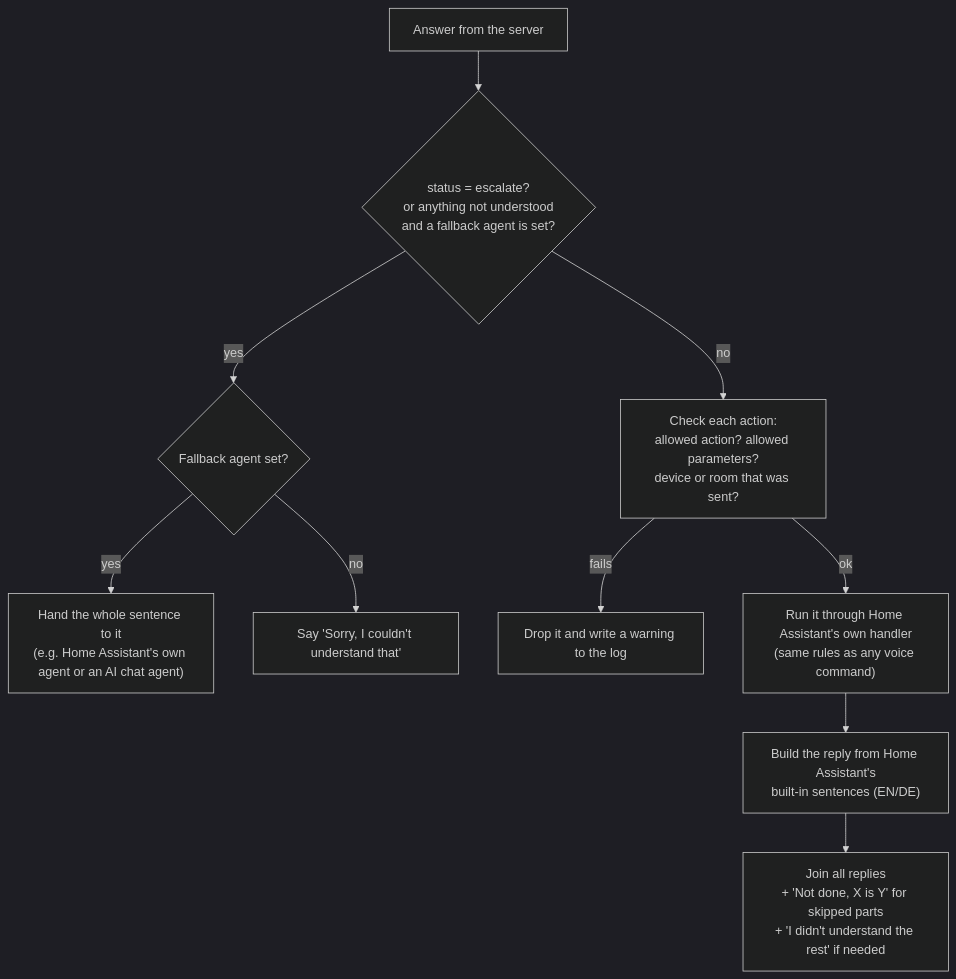
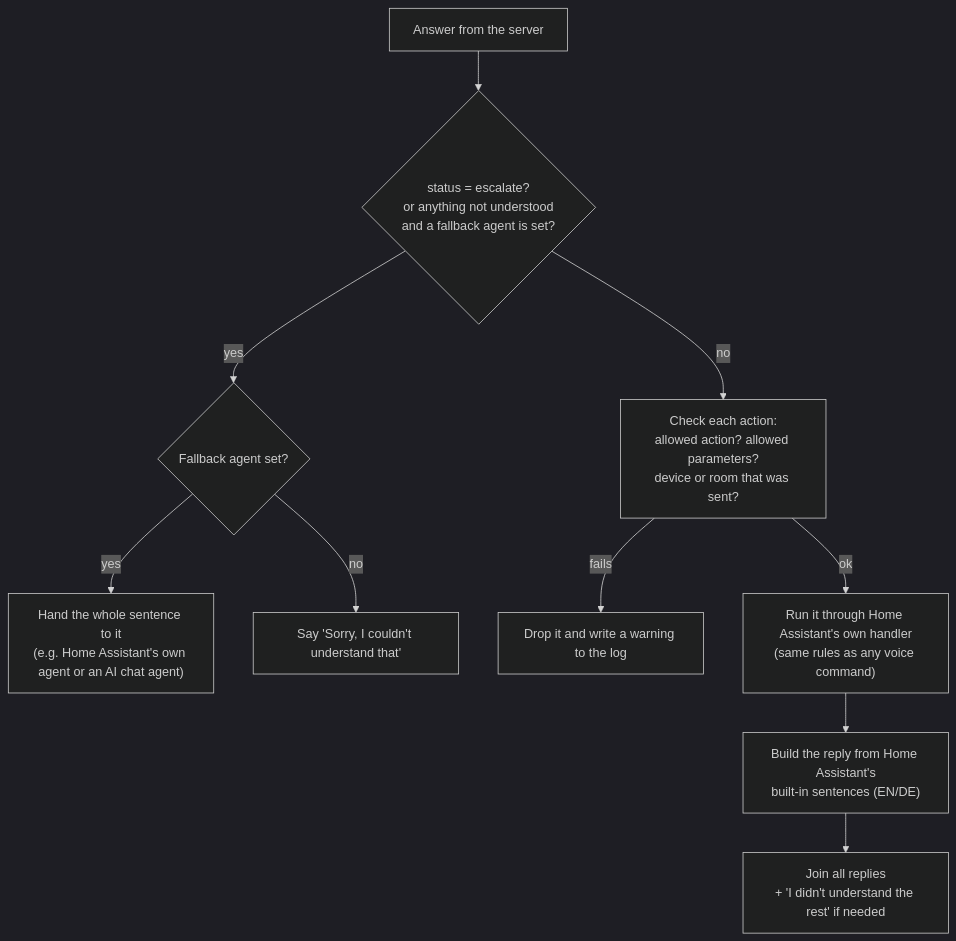
One commit to d00kIe/assist-decider changed the fifth of 6 diagrams in HOW-IT-WORKS.md. Above: the diagram before and after it, drawn with Mermaid (dark theme). The commit also changed other lines of this file and 21 other files, not shown here.

````diff
--- a/HOW-IT-WORKS.md
+++ b/HOW-IT-WORKS.md
@@ -455,12 +424,12 @@
 ```mermaid
 flowchart TD
     R["Answer from the server"] --> E{"status = escalate?<br/>or anything not understood<br/>and a fallback agent is set?"}
     E -- yes --> FB{"Fallback agent set?"}
     FB -- yes --> FA["Hand the whole sentence to it<br/>(e.g. Home Assistant's own agent or an AI chat agent)"]
     FB -- no --> SORRY["Say 'Sorry, I couldn't understand that'"]
     E -- no --> V["Check each action:<br/>allowed action? allowed parameters?<br/>device or room that was sent?"]
     V -- fails --> DROP["Drop it and write a warning to the log"]
     V -- ok --> RUN["Run it through Home Assistant's own handler<br/>(same rules as any voice command)"]
     RUN --> SAY["Build the reply from Home Assistant's<br/>built-in sentences (EN/DE)"]
-    SAY --> ALL["Join all replies<br/>+ 'Not done, X is Y' for skipped parts<br/>+ 'I didn't understand the rest' if needed"]
+    SAY --> ALL["Join all replies<br/>+ 'I didn't understand the rest' if needed"]
 ```
````
